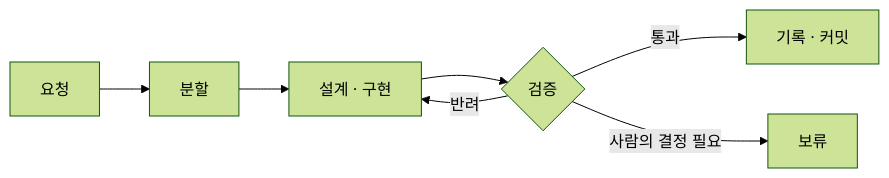
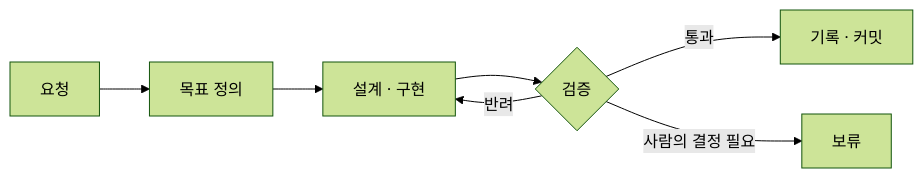
One commit to krime1004/claude-harness-skills changed the diagram in README.md. Above: the diagram before and after it, drawn with Mermaid (forest theme). The commit also changed other lines of this file, not shown here.

````diff
--- a/README.md
+++ b/README.md
@@ -43,9 +75,9 @@
 ```mermaid
 flowchart LR
-    A["요청"] --> B["분할"]
+    A["요청"] --> B["목표 정의"]
     B --> C["설계 · 구현"]
     C --> D{"검증"}
     D -- "반려" --> C
     D -- "통과" --> E["기록 · 커밋"]
     D -- "사람의 결정 필요" --> F["보류"]
 ```
````
